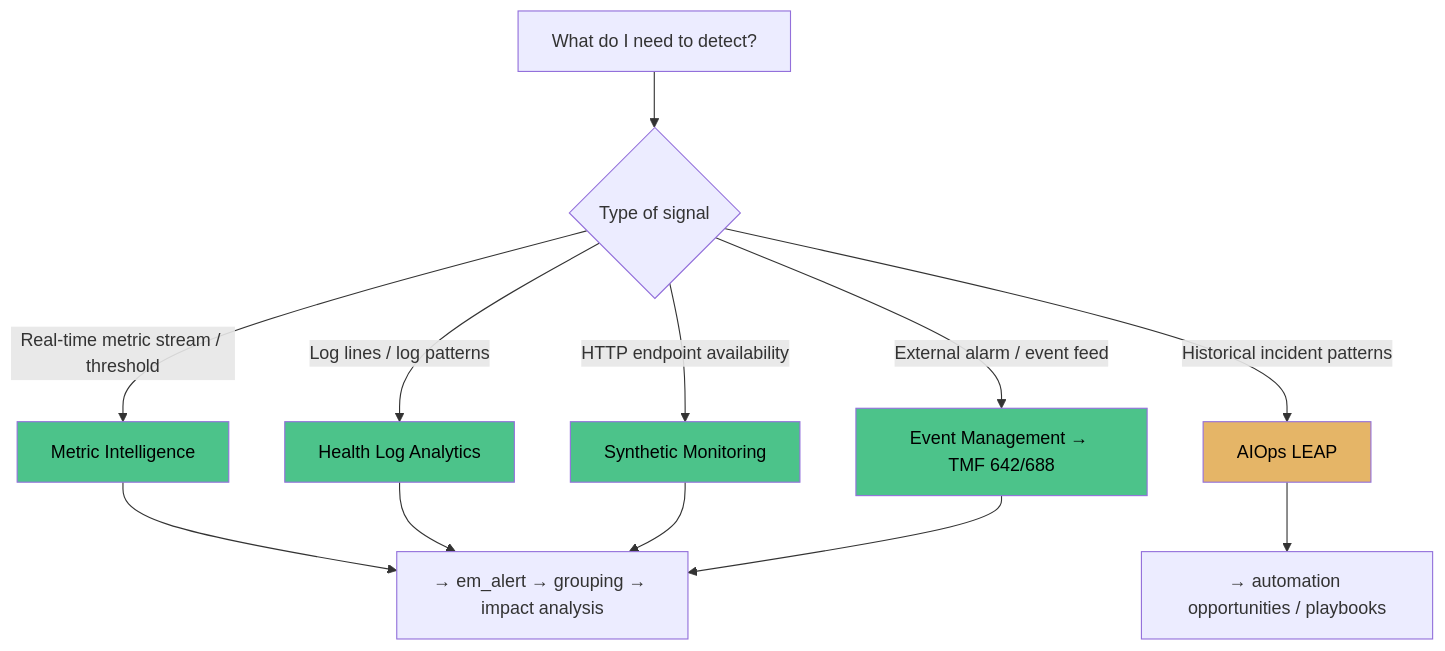
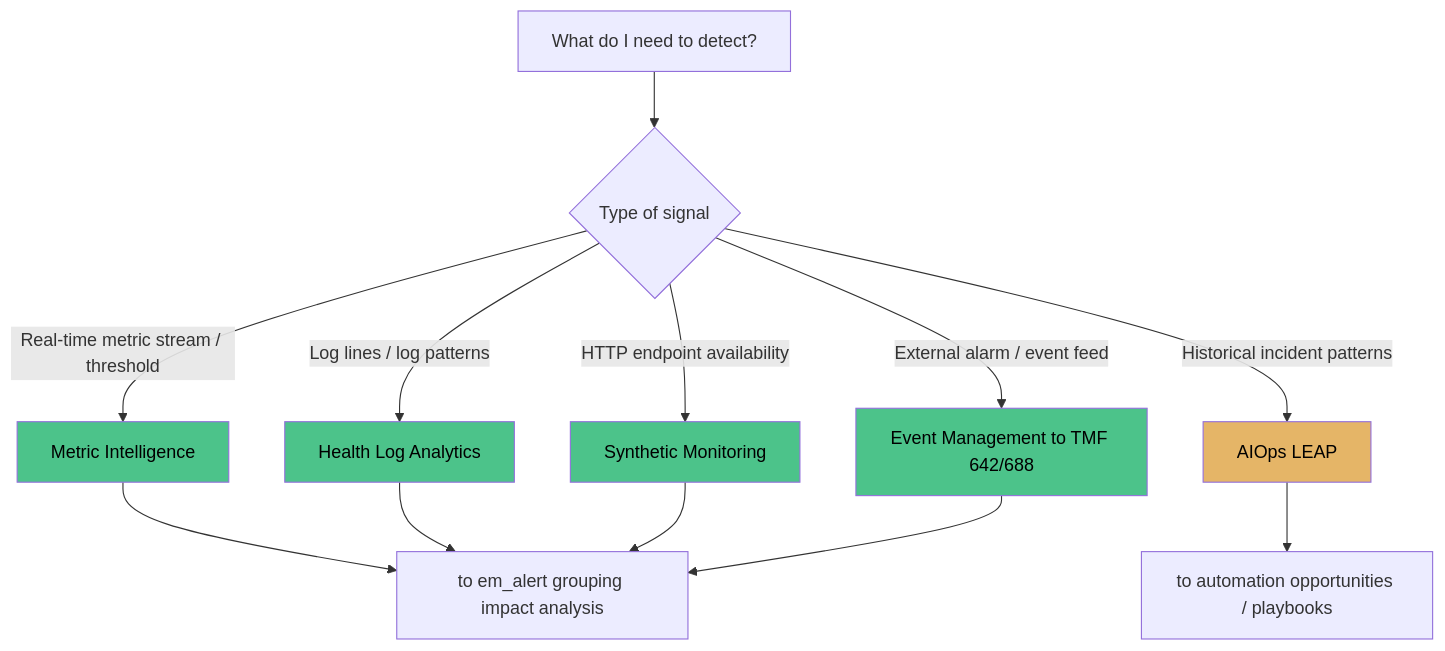
One commit to eltonaguiar/ServiceNow_Learning_TSOM-_CSM_FSM_SalesCRM_HAM_ITSM changed the fifth of 6 diagrams in docs/modules/tsom/tsom-guide.md. Above: the diagram before and after it, drawn with Mermaid. The commit also changed other lines of this file and 18 other files, not shown here.

First line of the commit message:
Fix all Mermaid diagram syntax errors across the site

````diff
--- a/docs/modules/tsom/tsom-guide.md
+++ b/docs/modules/tsom/tsom-guide.md
@@ -1326,19 +1326,19 @@
 ```mermaid
 flowchart TD
     A[What do I need to detect?] --> B{Type of signal}
     B -->|Real-time metric stream / threshold| C[Metric Intelligence]
     B -->|Log lines / log patterns| D[Health Log Analytics]
     B -->|HTTP endpoint availability| E[Synthetic Monitoring]
-    B -->|External alarm / event feed| F[Event Management → TMF 642/688]
+    B -->|External alarm / event feed| F[Event Management to TMF 642/688]
     B -->|Historical incident patterns| G[AIOps LEAP]
-    C --> H[→ em_alert → grouping → impact analysis]
+    C --> H[to em_alert grouping impact analysis]
     D --> H
     E --> H
     F --> H
-    G --> I[→ automation opportunities / playbooks]
+    G --> I[to automation opportunities / playbooks]
     style C fill:#4cc38a,color:#000
     style D fill:#4cc38a,color:#000
     style E fill:#4cc38a,color:#000
     style F fill:#4cc38a,color:#000
     style G fill:#e5b567,color:#000
 ```
````
